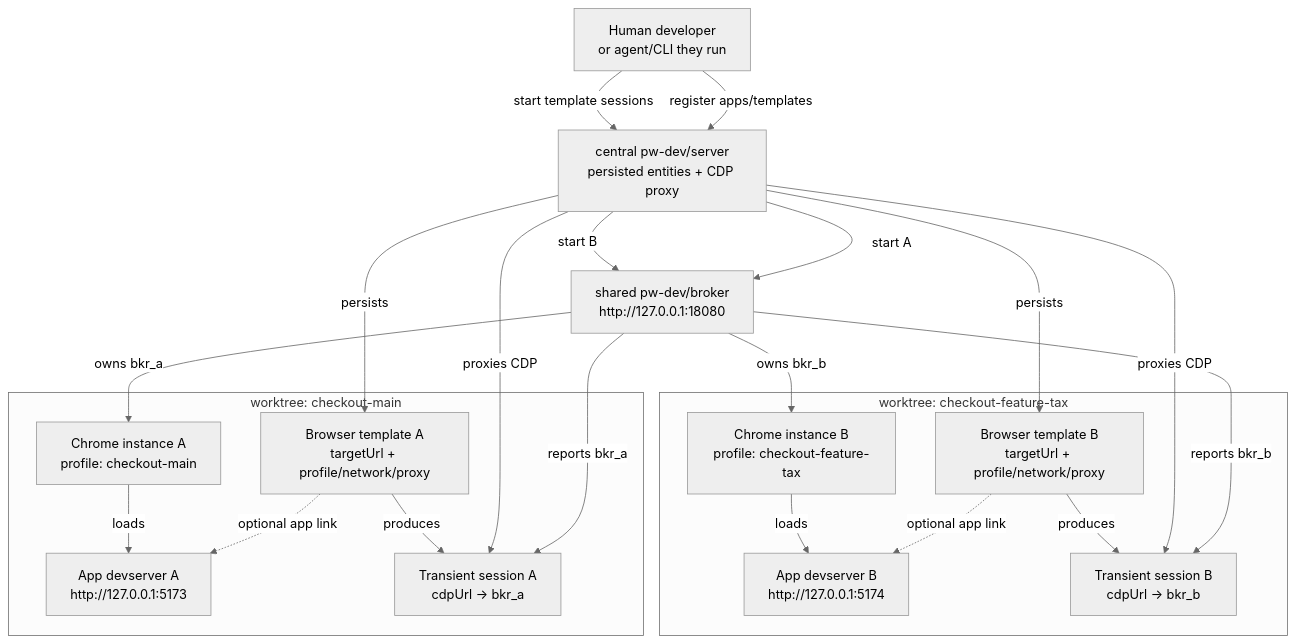
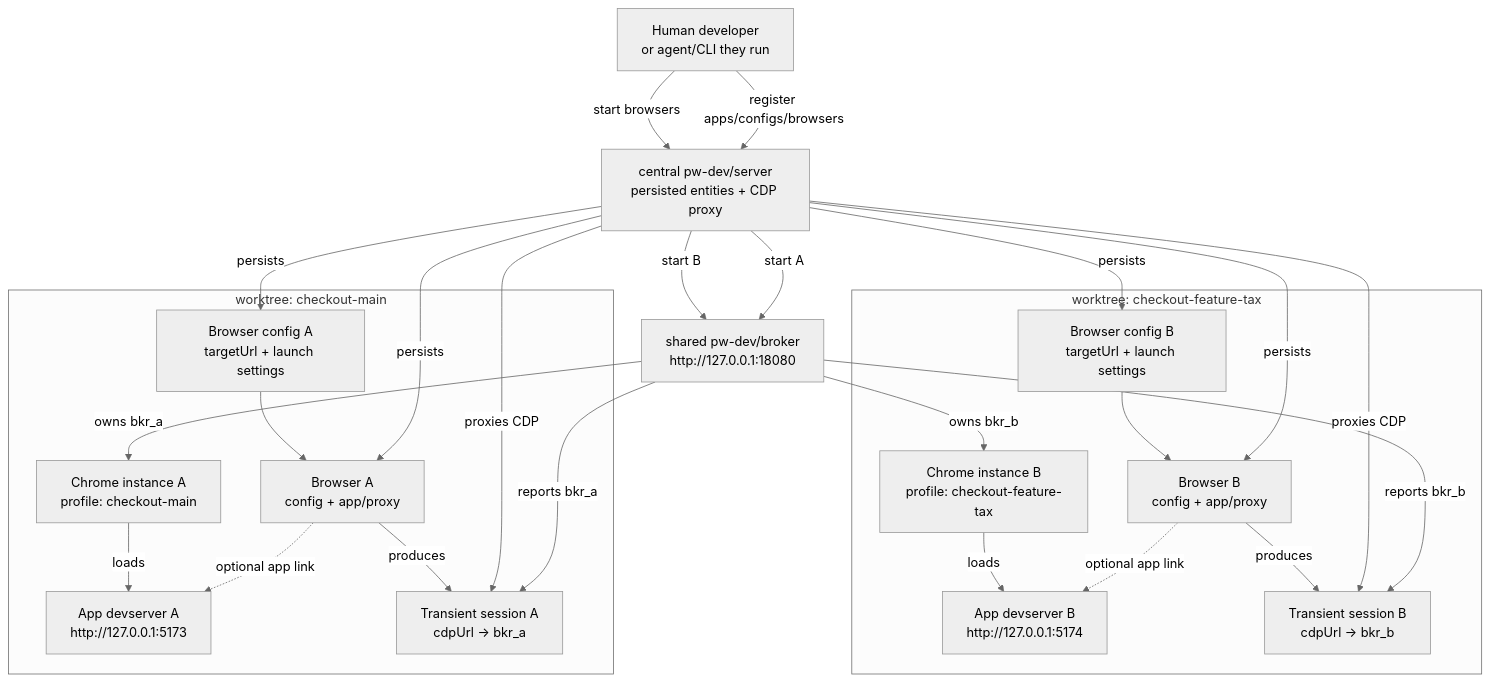
One commit to sloppygadget-bot/pw-dev changed the third of 3 diagrams in docs/architecture.md. Above: the diagram before and after it, drawn with Mermaid (neutral theme). The commit also changed other lines of this file and 20 other files, not shown here.

````diff
--- a/docs/architecture.md
+++ b/docs/architecture.md
@@ -99,41 +104,47 @@
 ```mermaid
 flowchart TD
   Human["Human developer<br/>or agent/CLI they run"]
   Server["central pw-dev/server<br/>persisted entities + CDP proxy"]
   Broker["shared pw-dev/broker<br/>http://127.0.0.1:18080"]
 
   subgraph WorktreeA["worktree: checkout-main"]
     AppA["App devserver A<br/>http://127.0.0.1:5173"]
-    TemplateA["Browser template A<br/>targetUrl + profile/network/proxy"]
+    ConfigA["Browser config A<br/>targetUrl + launch settings"]
+    BrowserA["Browser A<br/>config + app/proxy"]
     SessionA["Transient session A<br/>cdpUrl → bkr_a"]
     ChromeA["Chrome instance A<br/>profile: checkout-main"]
   end
 
   subgraph WorktreeB["worktree: checkout-feature-tax"]
     AppB["App devserver B<br/>http://127.0.0.1:5174"]
-    TemplateB["Browser template B<br/>targetUrl + profile/network/proxy"]
+    ConfigB["Browser config B<br/>targetUrl + launch settings"]
+    BrowserB["Browser B<br/>config + app/proxy"]
     SessionB["Transient session B<br/>cdpUrl → bkr_b"]
     ChromeB["Chrome instance B<br/>profile: checkout-feature-tax"]
   end
 
-  Human -->|register apps/templates| Server
-  Human -->|start template sessions| Server
+  Human -->|register apps/configs/browsers| Server
+  Human -->|start browsers| Server
 
-  Server -->|persists| TemplateA
-  TemplateA -. optional app link .-> AppA
+  Server -->|persists| ConfigA
+  Server -->|persists| BrowserA
+  ConfigA --> BrowserA
+  BrowserA -. optional app link .-> AppA
   Server -->|start A| Broker
   Broker -->|owns bkr_a| ChromeA
   Broker -->|reports bkr_a| SessionA
   Server -->|proxies CDP| SessionA
-  TemplateA -->|produces| SessionA
+  BrowserA -->|produces| SessionA
   ChromeA -->|loads| AppA
 
-  Server -->|persists| TemplateB
-  TemplateB -. optional app link .-> AppB
+  Server -->|persists| ConfigB
+  Server -->|persists| BrowserB
+  ConfigB --> BrowserB
+  BrowserB -. optional app link .-> AppB
   Server -->|start B| Broker
   Broker -->|owns bkr_b| ChromeB
   Broker -->|reports bkr_b| SessionB
   Server -->|proxies CDP| SessionB
-  TemplateB -->|produces| SessionB
+  BrowserB -->|produces| SessionB
   ChromeB -->|loads| AppB
 ```
````
